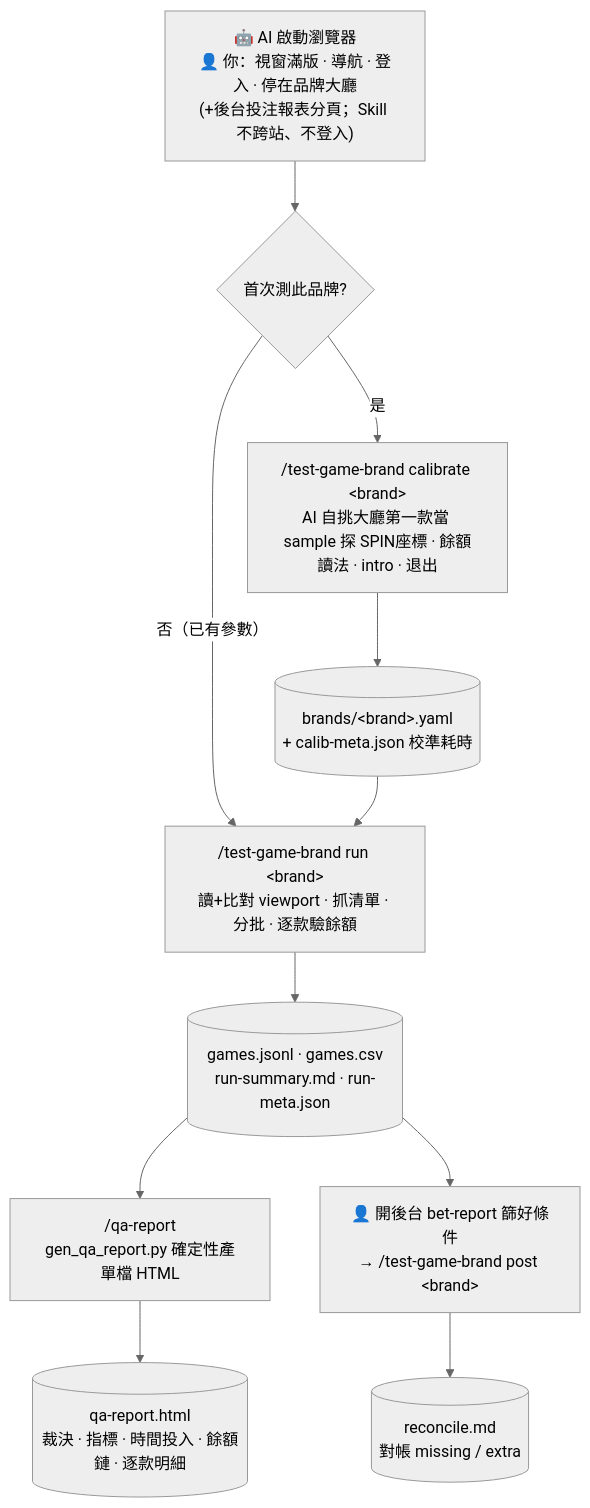
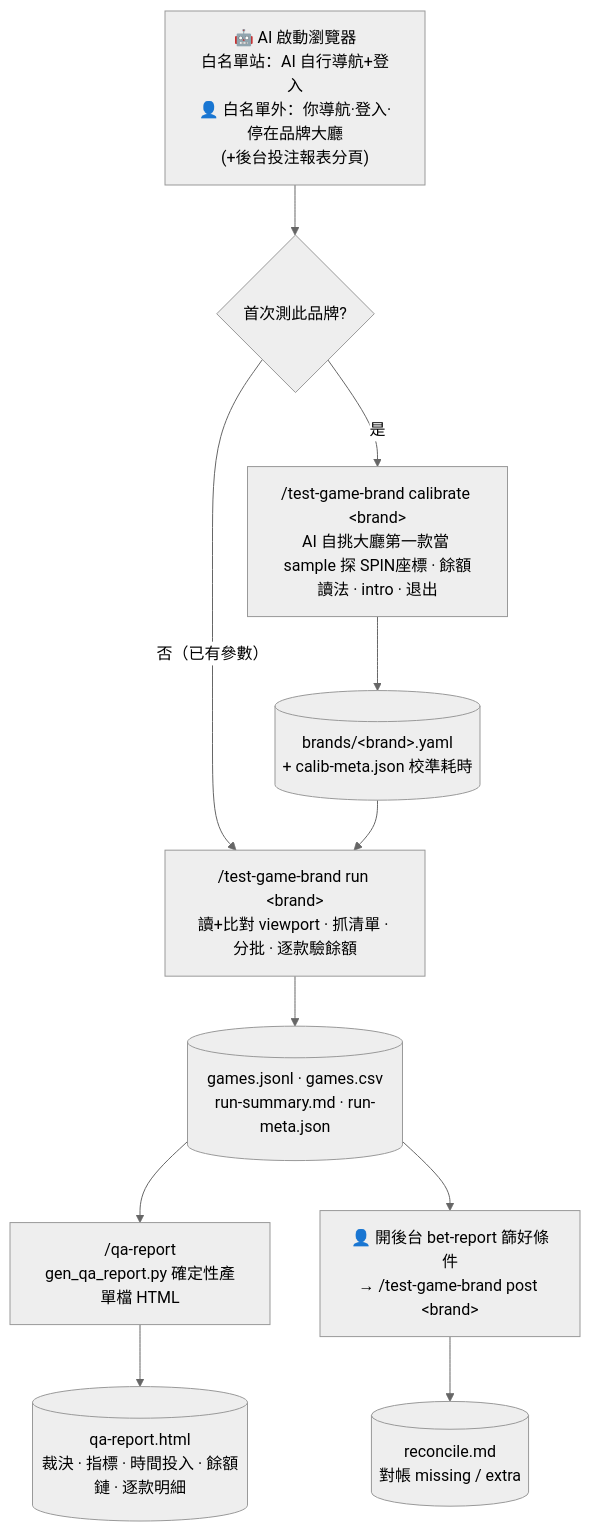
One commit to nohungry/casino-game-testing changed the diagram in README.md. Above: the diagram before and after it, drawn with Mermaid (neutral theme). The commit also changed other lines of this file and 5 other files, not shown here.

````diff
--- a/README.md
+++ b/README.md
@@ -178,13 +178,13 @@
 ```mermaid
 flowchart TD
-    U["🤖 AI 啟動瀏覽器<br/>👤 你：視窗滿版 · 導航 · 登入 · 停在品牌大廳<br/>(+後台投注報表分頁；Skill 不跨站、不登入)"] --> Q{"首次測此品牌?"}
+    U["🤖 AI 啟動瀏覽器<br/>白名單站：AI 自行導航+登入<br/>👤 白名單外：你導航·登入·停在品牌大廳<br/>(+後台投注報表分頁)"] --> Q{"首次測此品牌?"}
     Q -- "是" --> CAL["/test-game-brand calibrate &lt;brand&gt;<br/>AI 自挑大廳第一款當 sample 探 SPIN座標 · 餘額讀法 · intro · 退出"]
     CAL --> CY[("brands/&lt;brand&gt;.yaml<br/>+ calib-meta.json 校準耗時")]
     Q -- "否（已有參數）" --> RUN["/test-game-brand run &lt;brand&gt;<br/>讀+比對 viewport · 抓清單 · 分批 · 逐款驗餘額"]
     CY --> RUN
     RUN --> RY[("games.jsonl · games.csv<br/>run-summary.md · run-meta.json")]
     RY --> QA["/qa-report<br/>gen_qa_report.py 確定性產單檔 HTML"]
     QA --> QY[("qa-report.html<br/>裁決 · 指標 · 時間投入 · 餘額鏈 · 逐款明細")]
     RY --> POST["👤 開後台 bet-report 篩好條件<br/>→ /test-game-brand post &lt;brand&gt;"]
     POST --> PY[("reconcile.md<br/>對帳 missing / extra")]
 ```
````
